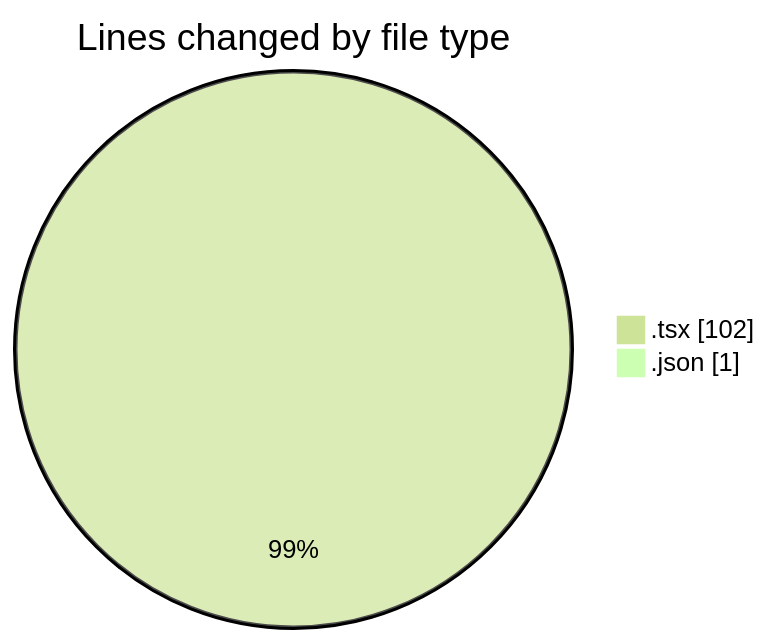
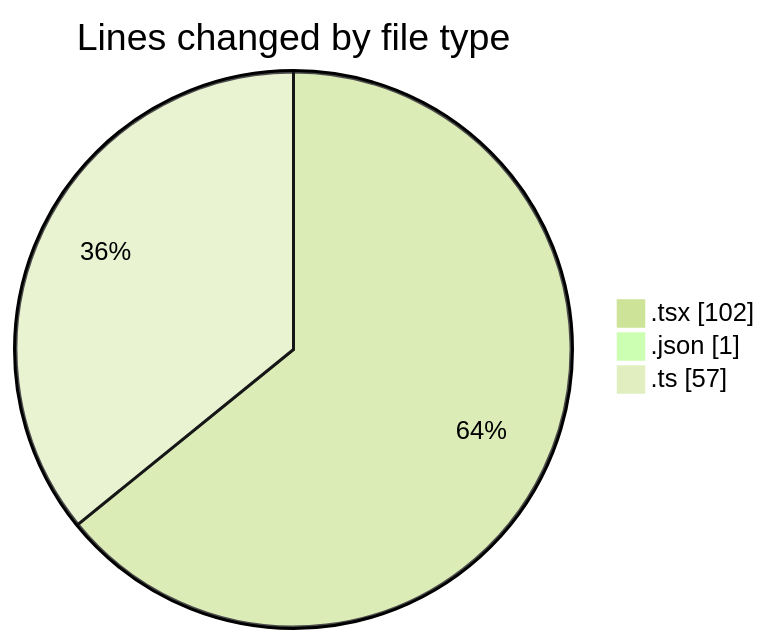
Before and after one commit to robertbonfada/code-tracking: the first of 2 diagrams in 2025-01-21/mbc-web/README.md, drawn with Mermaid (forest theme). The commit also changed other lines of this file and 1 other file, not shown here.

````diff
--- a/2025-01-21/mbc-web/README.md
+++ b/2025-01-21/mbc-web/README.md
@@ -27,6 +28,7 @@
 ```mermaid
 pie showData
 title Lines changed by file type
 ".tsx" : 102
 ".json" : 1
+".ts" : 57
 ```
````
